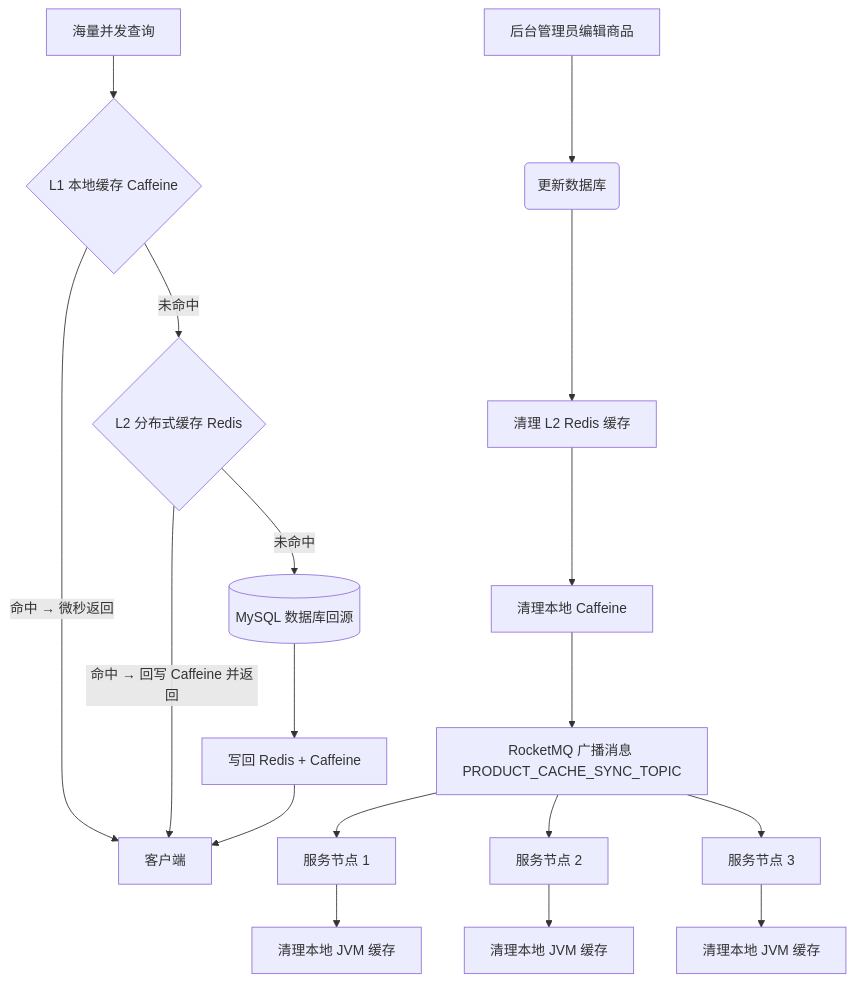
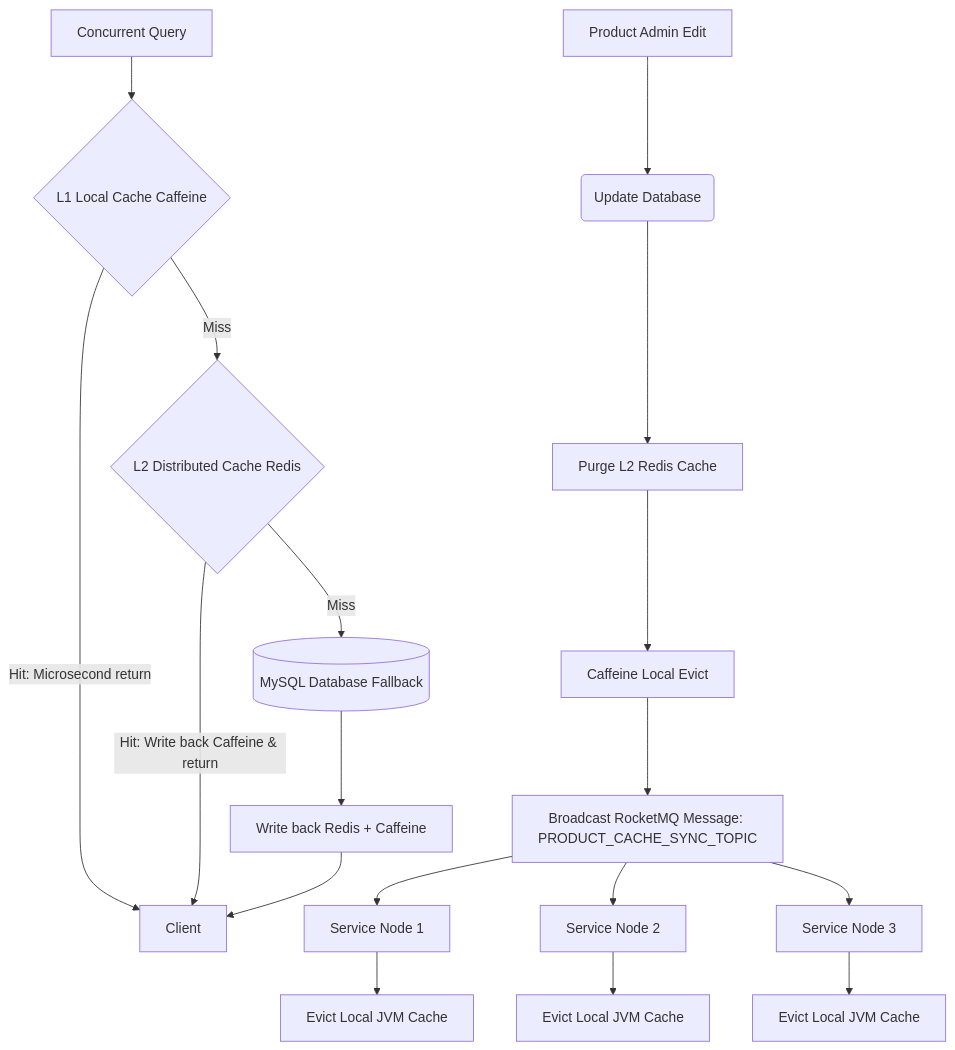
Before and after one commit to MeiSiristhebest/ningxiangshop: the second of 2 diagrams in README.md, drawn with Mermaid. The commit also changed other lines of this file, not shown here.

````diff
--- a/README.md
+++ b/README.md
@@ -190,17 +195,17 @@
 ```mermaid
 graph TD
-    A["海量并发查询"] --> B{"L1 本地缓存 Caffeine"}
-    B -- "命中 → 微秒返回" --> C["客户端"]
-    B -- "未命中" --> D{"L2 分布式缓存 Redis"}
-    D -- "命中 → 回写 Caffeine 并返回" --> C
-    D -- "未命中" --> E[("MySQL 数据库回源")]
-    E --> F["写回 Redis + Caffeine"] --> C
+    A["Concurrent Query"] --> B{"L1 Local Cache Caffeine"}
+    B -- "Hit: Microsecond return" --> C["Client"]
+    B -- "Miss" --> D{"L2 Distributed Cache Redis"}
+    D -- "Hit: Write back Caffeine & return" --> C
+    D -- "Miss" --> E[("MySQL Database Fallback")]
+    E --> F["Write back Redis + Caffeine"] --> C
 
-    G["后台管理员编辑商品"] --> H("更新数据库")
-    H --> I["清理 L2 Redis 缓存"]
-    I --> J["清理本地 Caffeine"]
-    J --> K["RocketMQ 广播消息 PRODUCT_CACHE_SYNC_TOPIC"]
-    K --> L["服务节点 1"] --> M["清理本地 JVM 缓存"]
-    K --> N["服务节点 2"] --> O["清理本地 JVM 缓存"]
-    K --> P["服务节点 3"] --> Q["清理本地 JVM 缓存"]
+    G["Product Admin Edit"] --> H("Update Database")
+    H --> I["Purge L2 Redis Cache"]
+    I --> J["Caffeine Local Evict"]
+    J --> K["Broadcast RocketMQ Message: PRODUCT_CACHE_SYNC_TOPIC"]
+    K --> L["Service Node 1"] --> M["Evict Local JVM Cache"]
+    K --> N["Service Node 2"] --> O["Evict Local JVM Cache"]
+    K --> P["Service Node 3"] --> Q["Evict Local JVM Cache"]
 ```
````
